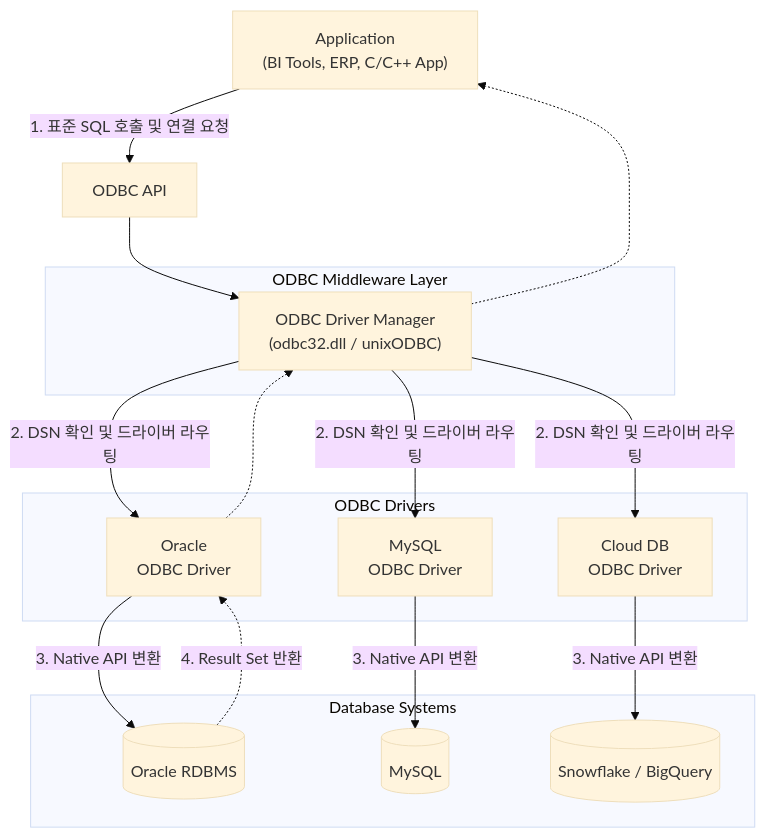
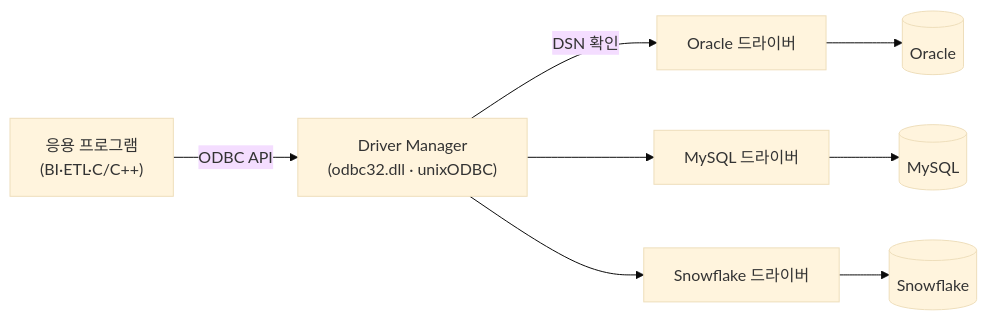
One commit to supremethumb/supremethumb.github.io changed the diagram in content/01_IT Tech/ODBC.md. Above: the diagram before and after it, drawn with Mermaid (base theme). The commit also changed other lines of this file and 1087 other files, not shown here.

````diff
--- a/content/01_IT Tech/ODBC.md
+++ b/content/01_IT Tech/ODBC.md
@@ -23,35 +34,7 @@
 ```mermaid
-flowchart TD
-    APP["Application<br/>(BI Tools, ERP, C/C++ App)"]
-    API["ODBC API"]
-    
-    subgraph ODBC_Core ["ODBC Middleware Layer"]
-        DM["ODBC Driver Manager<br/>(odbc32.dll / unixODBC)"]
-    end
-    
-    subgraph Drivers ["ODBC Drivers"]
-        D1["Oracle<br/>ODBC Driver"]
-        D2["MySQL<br/>ODBC Driver"]
-        D3["Cloud DB<br/>ODBC Driver"]
-    end
-    
-    subgraph Databases ["Database Systems"]
-        DB1[("Oracle RDBMS")]
-        DB2[("MySQL")]
-        DB3[("Snowflake / BigQuery")]
-    end
-
-    APP -- "1. 표준 SQL 호출 및 연결 요청" --> API
-    API --> DM
-    DM -- "2. DSN 확인 및 드라이버 라우팅" --> D1
-    DM -- "2. DSN 확인 및 드라이버 라우팅" --> D2
-    DM -- "2. DSN 확인 및 드라이버 라우팅" --> D3
-    
-    D1 -- "3. Native API 변환" --> DB1
-    D2 -- "3. Native API 변환" --> DB2
-    D3 -- "3. Native API 변환" --> DB3
-    
-    DB1 -. "4. Result Set 반환" .-> D1
-    D1 -.-> DM -.-> APP
-
+flowchart LR
+    APP["응용 프로그램<br/>(BI·ETL·C/C++)"] -->|"ODBC API"| DM["Driver Manager<br/>(odbc32.dll · unixODBC)"]
+    DM -->|"DSN 확인"| D1["Oracle 드라이버"] --> DB1[("Oracle")]
+    DM --> D2["MySQL 드라이버"] --> DB2[("MySQL")]
+    DM --> D3["Snowflake 드라이버"] --> DB3[("Snowflake")]
 ```
````
